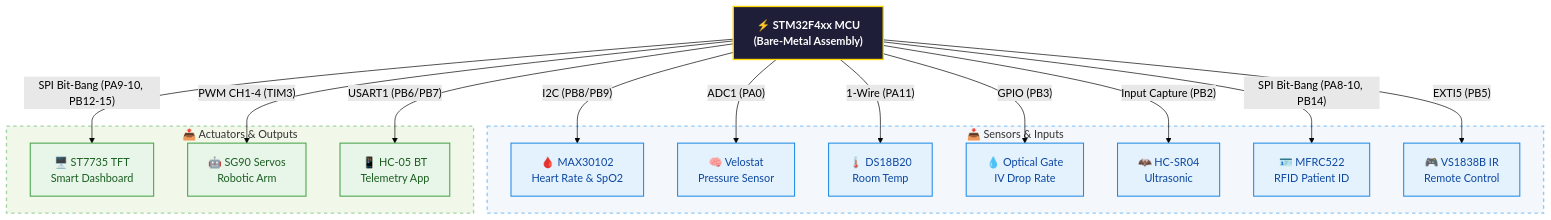
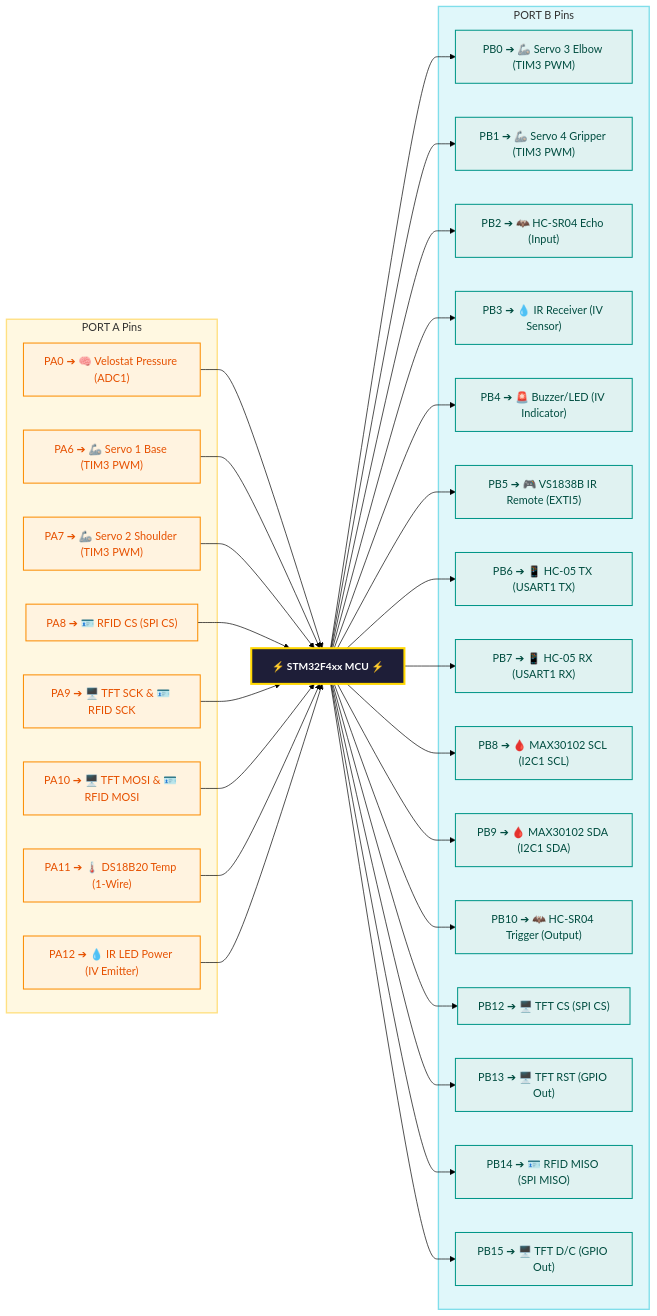
One commit to fady111-f/Nurse-Robot- changed the first of 2 diagrams in README.md. Above: the diagram before and after it, drawn with Mermaid (forest theme). The commit also changed other lines of this file, not shown here.

````diff
--- a/README.md
+++ b/README.md
@@ -24,38 +24,70 @@
 ```mermaid
-graph TB
-    classDef mcu fill:#1e1e38,stroke:#ffd700,stroke-width:2px,color:#fff,font-weight:bold;
-    classDef sensor fill:#e3f2fd,stroke:#1e88e5,stroke-width:1.5px,color:#0d47a1;
-    classDef actuator fill:#e8f5e9,stroke:#43a047,stroke-width:1.5px,color:#1b5e20;
-    
-    MCU["⚡ STM32F4xx MCU<br/>(Bare-Metal Assembly)"]:::mcu
-    
-    subgraph InputSensors["📥 Sensors & Inputs"]
-        MAX["🩸 MAX30102<br/>Heart Rate & SpO2"]:::sensor
-        VELO["🧠 Velostat<br/>Pressure Sensor"]:::sensor
-        DS18["🌡️ DS18B20<br/>Room Temp"]:::sensor
-        IR_DROP["💧 Optical Gate<br/>IV Drop Rate"]:::sensor
-        HCSR["🦇 HC-SR04<br/>Ultrasonic"]:::sensor
-        RFID["🪪 MFRC522<br/>RFID Patient ID"]:::sensor
-        IR_REM["🎮 VS1838B IR<br/>Remote Control"]:::sensor
+graph LR
+    %% Central MCU
+    MCU["⚡ STM32F4xx MCU ⚡"]:::mcuStyle
+
+    %% Port A Pins Subgraph (Left)
+    subgraph PortA ["PORT A Pins"]
+        PA0["PA0 ➔ 🧠 Velostat Pressure (ADC1)"]:::paStyle
+        PA6["PA6 ➔ 🦾 Servo 1 Base (TIM3 PWM)"]:::paStyle
+        PA7["PA7 ➔ 🦾 Servo 2 Shoulder (TIM3 PWM)"]:::paStyle
+        PA8["PA8 ➔ 🪪 RFID CS (SPI CS)"]:::paStyle
+        PA9["PA9 ➔ 🖥️ TFT SCK & 🪪 RFID SCK"]:::paStyle
+        PA10["PA10 ➔ 🖥️ TFT MOSI & 🪪 RFID MOSI"]:::paStyle
+        PA11["PA11 ➔ 🌡️ DS18B20 Temp (1-Wire)"]:::paStyle
+        PA12["PA12 ➔ 💧 IR LED Power (IV Emitter)"]:::paStyle
     end
-    style InputSensors fill:#f4f7fb,stroke:#90caf9,stroke-width:2px,stroke-dasharray: 5 5;
 
-    subgraph OutputActuators["📤 Actuators & Outputs"]
-        TFT["🖥️ ST7735 TFT<br/>Smart Dashboard"]:::actuator
-        ARM["🤖 SG90 Servos<br/>Robotic Arm"]:::actuator
-        BT["📱 HC-05 BT<br/>Telemetry App"]:::actuator
+    %% Port B Pins Subgraph (Right)
+    subgraph PortB ["PORT B Pins"]
+        PB0["PB0 ➔ 🦾 Servo 3 Elbow (TIM3 PWM)"]:::pbStyle
+        PB1["PB1 ➔ 🦾 Servo 4 Gripper (TIM3 PWM)"]:::pbStyle
+        PB2["PB2 ➔ 🦇 HC-SR04 Echo (Input)"]:::pbStyle
+        PB3["PB3 ➔ 💧 IR Receiver (IV Sensor)"]:::pbStyle
+        PB4["PB4 ➔ 🚨 Buzzer/LED (IV Indicator)"]:::pbStyle
+        PB5["PB5 ➔ 🎮 VS1838B IR Remote (EXTI5)"]:::pbStyle
+        PB6["PB6 ➔ 📱 HC-05 TX (USART1 TX)"]:::pbStyle
+        PB7["PB7 ➔ 📱 HC-05 RX (USART1 RX)"]:::pbStyle
+        PB8["PB8 ➔ 🩸 MAX30102 SCL (I2C1 SCL)"]:::pbStyle
+        PB9["PB9 ➔ 🩸 MAX30102 SDA (I2C1 SDA)"]:::pbStyle
+        PB10["PB10 ➔ 🦇 HC-SR04 Trigger (Output)"]:::pbStyle
+        PB12["PB12 ➔ 🖥️ TFT CS (SPI CS)"]:::pbStyle
+        PB13["PB13 ➔ 🖥️ TFT RST (GPIO Out)"]:::pbStyle
+        PB14["PB14 ➔ 🪪 RFID MISO (SPI MISO)"]:::pbStyle
+        PB15["PB15 ➔ 🖥️ TFT D/C (GPIO Out)"]:::pbStyle
     end
-    style OutputActuators fill:#f1f8e9,stroke:#a5d6a7,stroke-width:2px,stroke-dasharray: 5 5;
 
-    MCU -- "I2C (PB8/PB9)" --> MAX
-    MCU -- "ADC1 (PA0)" --> VELO
-    MCU -- "1-Wire (PA11)" --> DS18
-    MCU -- "GPIO (PB3)" --> IR_DROP
-    MCU -- "Input Capture (PB2)" --> HCSR
-    MCU -- "SPI Bit-Bang (PA8-10, PB14)" --> RFID
-    MCU -- "EXTI5 (PB5)" --> IR_REM
+    %% Connections to MCU
+    PA0 --> MCU
+    PA6 --> MCU
+    PA7 --> MCU
+    PA8 --> MCU
+    PA9 --> MCU
+    PA10 --> MCU
+    PA11 --> MCU
+    PA12 --> MCU
 
-    MCU -- "SPI Bit-Bang (PA9-10, PB12-15)" --> TFT
-    MCU -- "PWM CH1-4 (TIM3)" --> ARM
-    MCU -- "USART1 (PB6/PB7)" --> BT
+    MCU --> PB0
+    MCU --> PB1
+    MCU --> PB2
+    MCU --> PB3
+    MCU --> PB4
+    MCU --> PB5
+    MCU --> PB6
+    MCU --> PB7
+    MCU --> PB8
+    MCU --> PB9
+    MCU --> PB10
+    MCU --> PB12
+    MCU --> PB13
+    MCU --> PB14
+    MCU --> PB15
+
+    %% Styling Definitions
+    classDef mcuStyle fill:#1e1e38,stroke:#ffd700,stroke-width:3px,color:#ffffff,font-weight:bold,font-size:15px;
+    classDef paStyle fill:#fff3e0,stroke:#fb8c00,stroke-width:1.5px,color:#e65100;
+    classDef pbStyle fill:#e0f2f1,stroke:#009688,stroke-width:1.5px,color:#004d40;
+
+    style PortA fill:#fff8e1,stroke:#ffe082,stroke-width:2px;
+    style PortB fill:#e0f7fa,stroke:#80deea,stroke-width:2px;
 ```
````
